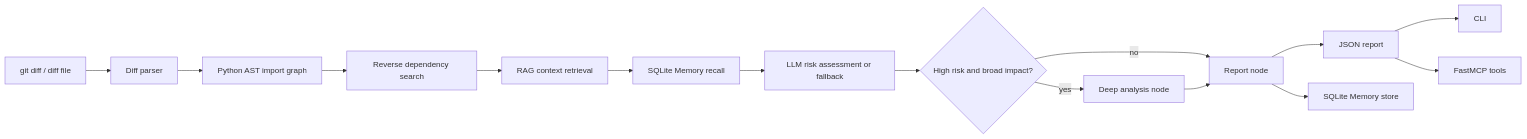
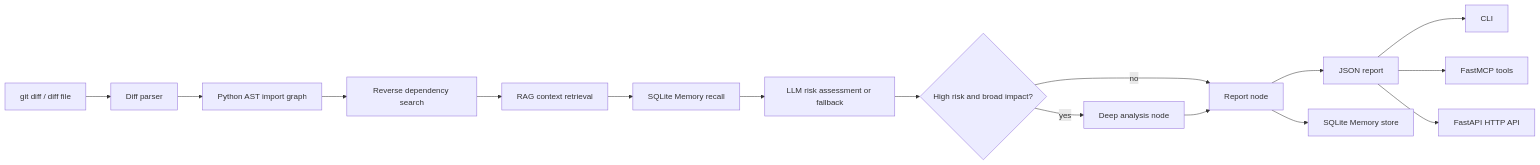
The diagram in README.md (jpp-666/codeimpact-agent), drawn with Mermaid before and after one commit. The commit also changed other lines of this file, not shown here.

````diff
--- a/README.md
+++ b/README.md
@@ -81,17 +68,18 @@
 ```mermaid
 flowchart LR
     A["git diff / diff file"] --> B["Diff parser"]
     B --> C["Python AST import graph"]
     C --> D["Reverse dependency search"]
     D --> E["RAG context retrieval"]
     E --> F["SQLite Memory recall"]
     F --> G["LLM risk assessment or fallback"]
     G --> H{"High risk and broad impact?"}
     H -- "yes" --> I["Deep analysis node"]
     H -- "no" --> J["Report node"]
     I --> J
     J --> K["JSON report"]
     J --> L["SQLite Memory store"]
     K --> M["CLI"]
     K --> N["FastMCP tools"]
+    K --> O["FastAPI HTTP API"]
 ```
````
